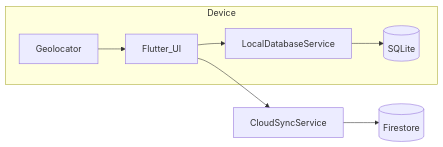
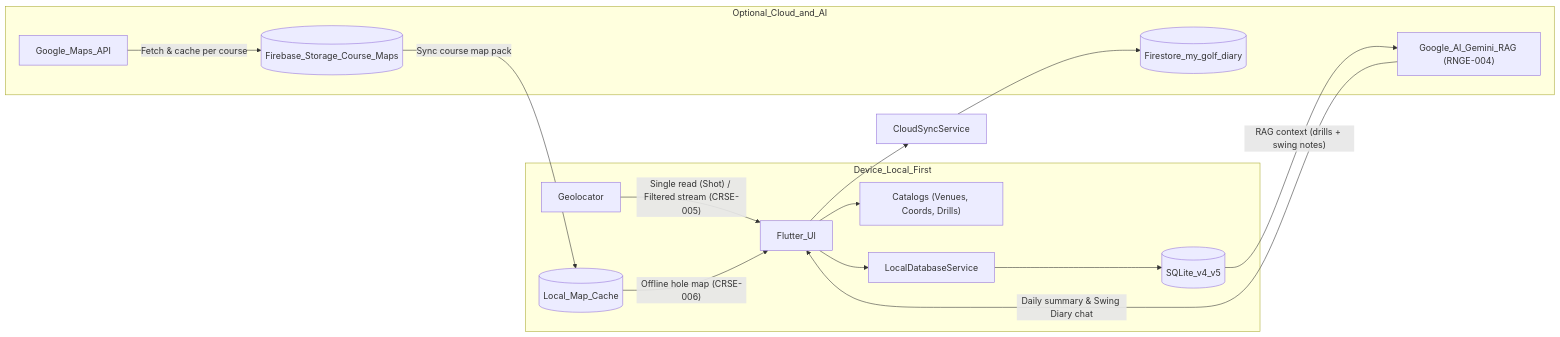
One commit to ograva/My-Golf-Diary changed the first of 3 diagrams in docs/context/Architecture.md. Above: the diagram before and after it, drawn with Mermaid. The commit also changed other lines of this file, not shown here.

Commit message:
docs(arch): update Architecture.md v1.2 for PRD v1.3 features

````diff
--- a/docs/context/Architecture.md
+++ b/docs/context/Architecture.md
@@ -19,13 +21,28 @@
 ```mermaid
 flowchart LR
-  subgraph device [Device]
+  subgraph device [Device_Local_First]
     UI[Flutter_UI]
+    CAT["Catalogs (Venues, Coords, Drills)"]
     LDS[LocalDatabaseService]
+    DB[(SQLite_v4_v5)]
+    CACHE[(Local_Map_Cache)]
+    GPS[Geolocator]
+    UI --> CAT
     UI --> LDS
-    LDS --> DB[(SQLite)]
-    GPS[Geolocator] --> UI
+    LDS --> DB
+    GPS -->|"Single read (Shot) / Filtered stream (CRSE-005)"| UI
+    CACHE -->|"Offline hole map (CRSE-006)"| UI
   end
-  FS[(Firestore)]
+  subgraph cloud [Optional_Cloud_and_AI]
+    FS[(Firestore_my_golf_diary)]
+    FST[(Firebase_Storage_Course_Maps)]
+    GMAPS[Google_Maps_API]
+    GEMINI["Google_AI_Gemini_RAG (RNGE-004)"]
+  end
   CS[CloudSyncService] --> FS
   UI --> CS
+  GMAPS -->|"Fetch & cache per course"| FST
+  FST -->|"Sync course map pack"| CACHE
+  DB -->|"RAG context (drills + swing notes)"| GEMINI
+  GEMINI -->|"Daily summary & Swing Diary chat"| UI
 ```
````
